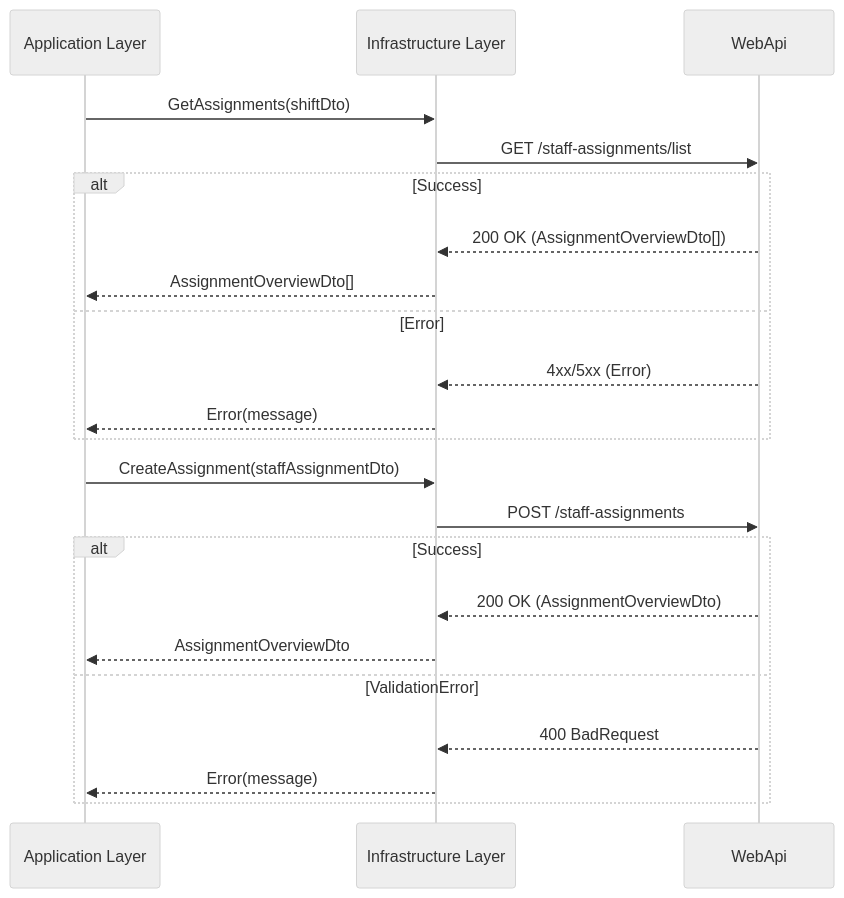
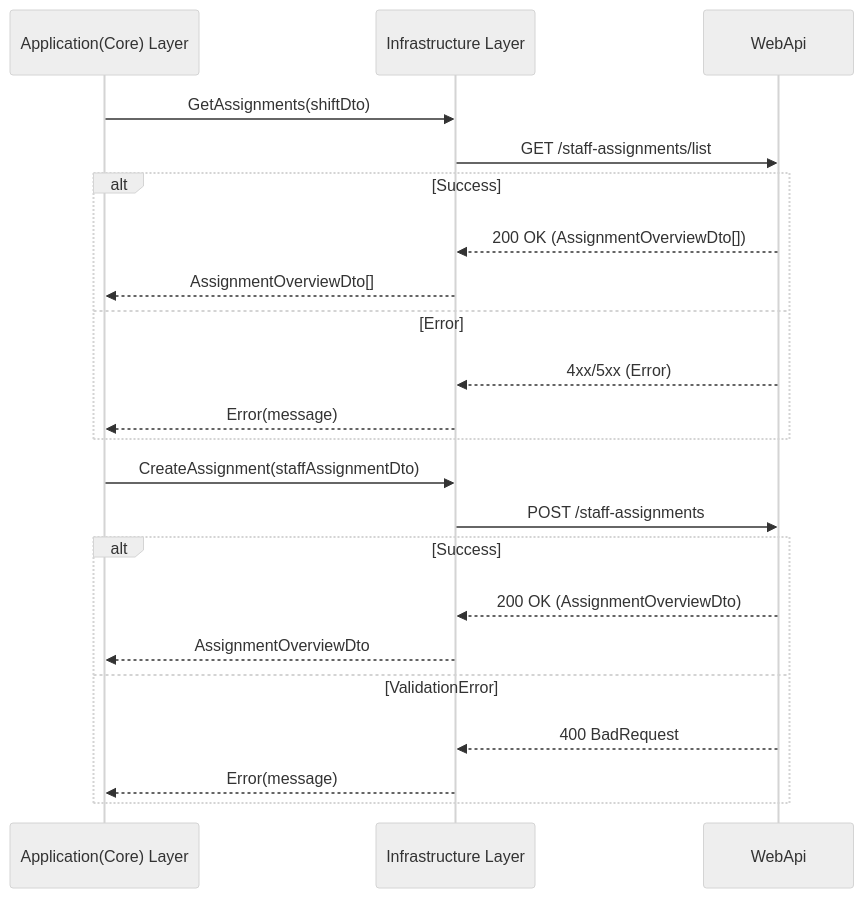
Before and after one commit to DMOoF25-Team6/Slottets-Drifttavlen: the second of 2 diagrams in docs/Examen/sekvens-diagram.md, drawn with Mermaid (neutral theme). The commit also changed other lines of this file and 5 other files, not shown here.

Commit message:
UC008 staff assignments and sequence diagram progress

````diff
--- a/docs/Examen/sekvens-diagram.md
+++ b/docs/Examen/sekvens-diagram.md
@@ -60,32 +60,32 @@
 ```mermaid
 sequenceDiagram
-    participant StaffAssignmentService as Application Layer
+    participant StaffAssignmentService as Application(Core) Layer
     participant StaffAssignmentManager as Infrastructure Layer
     participant WebApi as WebApi
 
     StaffAssignmentService->>StaffAssignmentManager: GetAssignments(shiftDto)
 
     StaffAssignmentManager->>WebApi: GET /staff-assignments/list
 
     alt Success
         WebApi-->>StaffAssignmentManager: 200 OK (AssignmentOverviewDto[])
         StaffAssignmentManager-->>StaffAssignmentService: AssignmentOverviewDto[]
 
     else Error
         WebApi-->>StaffAssignmentManager: 4xx/5xx (Error)
         StaffAssignmentManager-->>StaffAssignmentService: Error(message)
     end
 
     StaffAssignmentService->>StaffAssignmentManager: CreateAssignment(staffAssignmentDto)
 
     StaffAssignmentManager->>WebApi: POST /staff-assignments
 
     alt Success
         WebApi-->>StaffAssignmentManager: 200 OK (AssignmentOverviewDto)
         StaffAssignmentManager-->>StaffAssignmentService: AssignmentOverviewDto
 
     else ValidationError
         WebApi-->>StaffAssignmentManager: 400 BadRequest
         StaffAssignmentManager-->>StaffAssignmentService: Error(message)
     end
 ```
````
